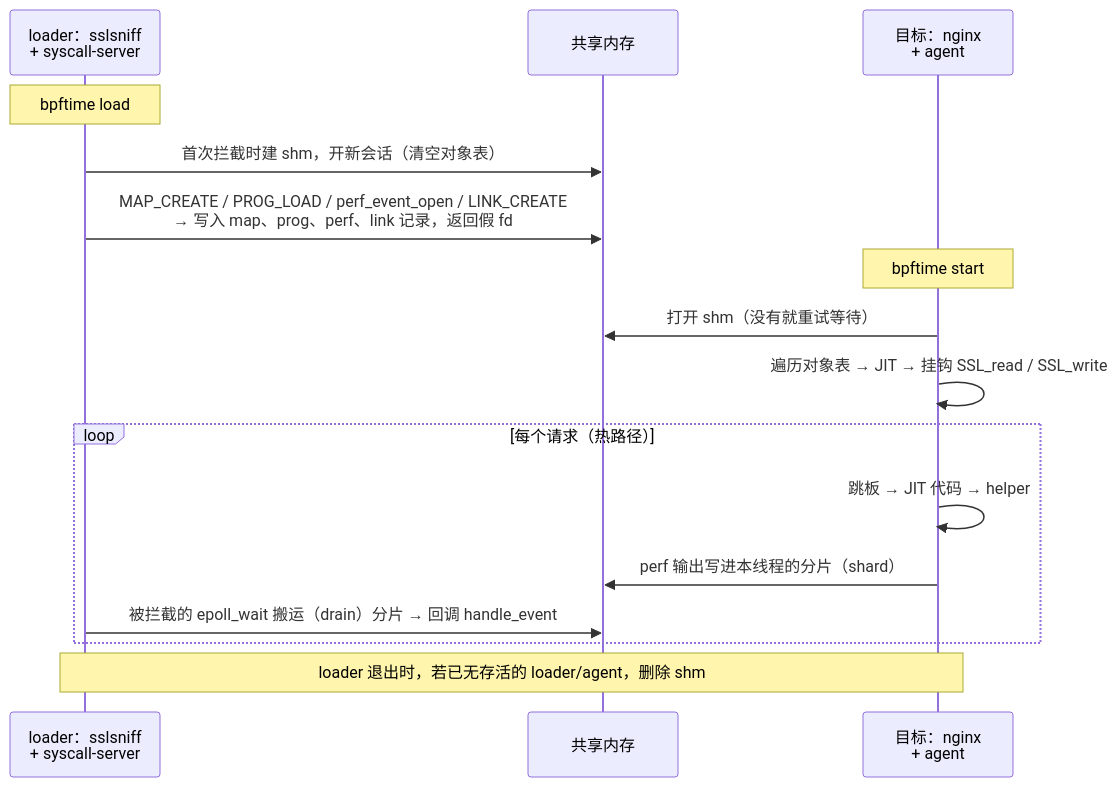
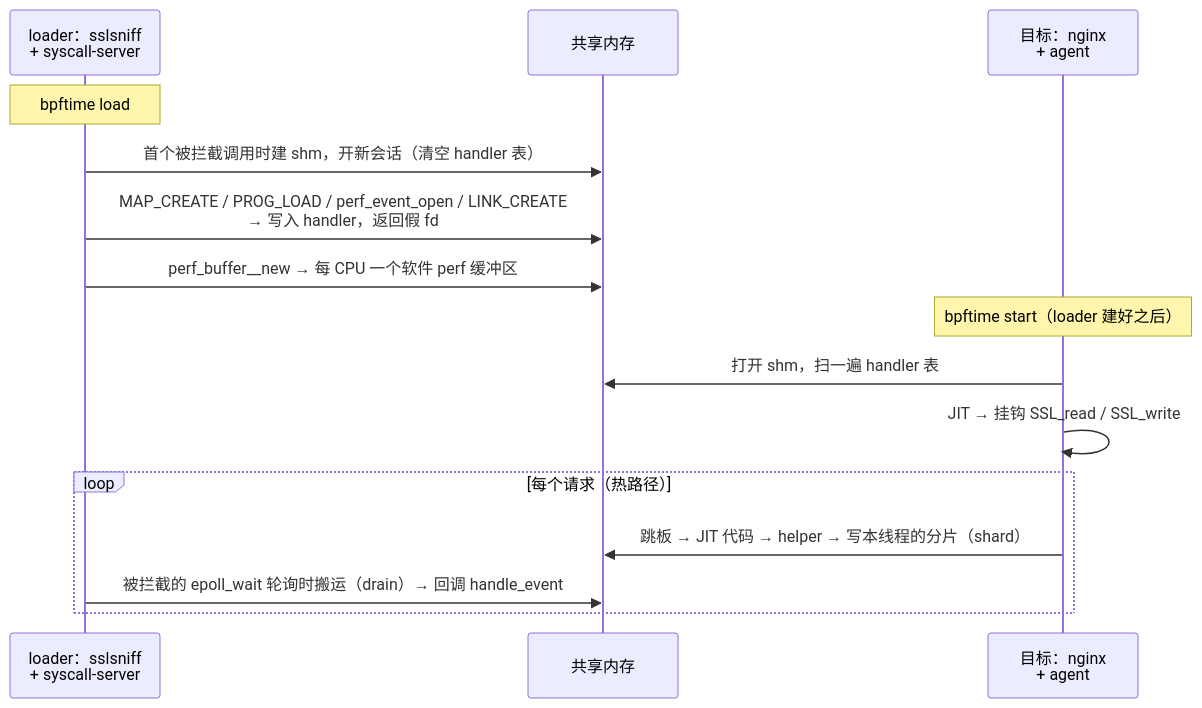
One commit to plsy1/bpftime-benchmark changed the third of 3 diagrams in 00-architecture.md. Above: the diagram before and after it, drawn with Mermaid. The commit also changed other lines of this file and 40 other files, not shown here.

````diff
--- a/00-architecture.md
+++ b/00-architecture.md
@@ -253,18 +264,17 @@
 ```mermaid
 sequenceDiagram
     participant L as loader：sslsniff<br/>+ syscall-server
     participant S as 共享内存
     participant T as 目标：nginx<br/>+ agent
     Note over L: bpftime load
-    L->>S: 首次拦截时建 shm，开新会话（清空对象表）
-    L->>S: MAP_CREATE / PROG_LOAD / perf_event_open / LINK_CREATE<br/>→ 写入 map、prog、perf、link 记录，返回假 fd
-    Note over T: bpftime start
-    T->>S: 打开 shm（没有就重试等待）
-    T->>T: 遍历对象表 → JIT → 挂钩 SSL_read / SSL_write
+    L->>S: 首个被拦截调用时建 shm，开新会话（清空 handler 表）
+    L->>S: MAP_CREATE / PROG_LOAD / perf_event_open / LINK_CREATE<br/>→ 写入 handler，返回假 fd
+    L->>S: perf_buffer__new → 每 CPU 一个软件 perf 缓冲区
+    Note over T: bpftime start（loader 建好之后）
+    T->>S: 打开 shm，扫一遍 handler 表
+    T->>T: JIT → 挂钩 SSL_read / SSL_write
     loop 每个请求（热路径）
-        T->>T: 跳板 → JIT 代码 → helper
-        T->>S: perf 输出写进本线程的分片（shard）
-        L->>S: 被拦截的 epoll_wait 搬运（drain）分片 → 回调 handle_event
+        T->>S: 跳板 → JIT 代码 → helper → 写本线程的分片（shard）
+        L->>S: 被拦截的 epoll_wait 轮询时搬运（drain）→ 回调 handle_event
     end
-    Note over L,T: loader 退出时，若已无存活的 loader/agent，删除 shm
 ```
````
